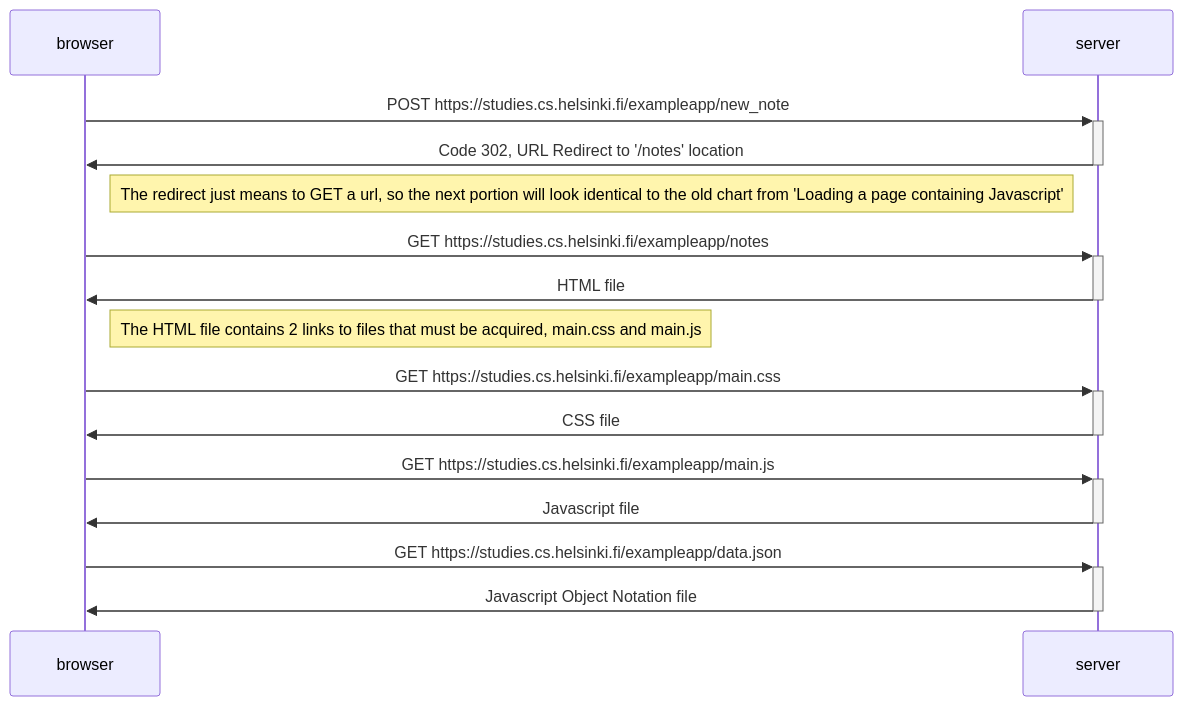
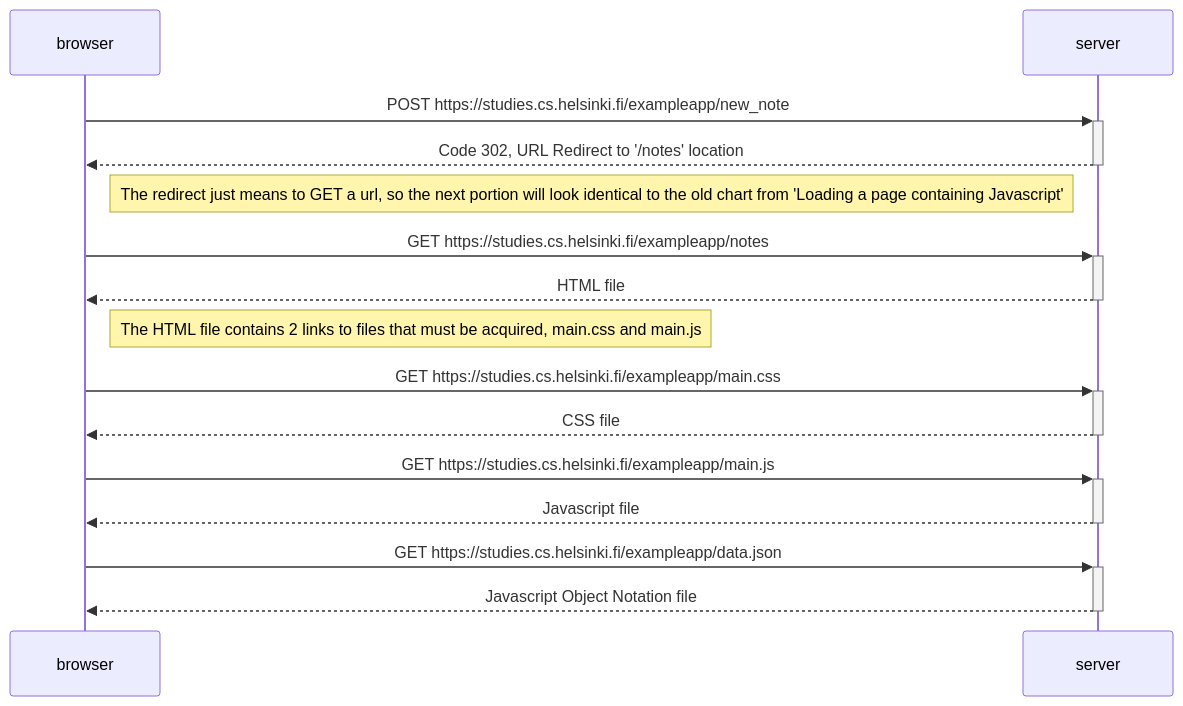
One commit to policiacaro/UoH-part-0 changed the diagram in New Note Diagram.md. Above: the diagram before and after it, drawn with Mermaid.

Commit message:
Update New Note Diagram.md

````diff
--- a/New Note Diagram.md
+++ b/New Note Diagram.md
@@ -6,18 +6,18 @@
 ```mermaid
 sequenceDiagram
   participant browser
   participant server
   
   browser->>+server: POST https://studies.cs.helsinki.fi/exampleapp/new_note
-  server->>-browser: Code 302, URL Redirect to '/notes' location
+  server-->>-browser: Code 302, URL Redirect to '/notes' location
   note right of browser: The redirect just means to GET a url, so the next portion will look identical to the old chart from 'Loading a page containing Javascript'
   browser->>+server: GET  https://studies.cs.helsinki.fi/exampleapp/notes
-  server->>-browser: HTML file
+  server-->>-browser: HTML file
   note right of browser: The HTML file contains 2 links to files that must be acquired, main.css and main.js
   browser->>+server: GET https://studies.cs.helsinki.fi/exampleapp/main.css
-  server->>-browser: CSS file
+  server-->>-browser: CSS file
   browser->>+server: GET https://studies.cs.helsinki.fi/exampleapp/main.js
-  server->>-browser: Javascript file
+  server-->>-browser: Javascript file
   browser->>+server: GET https://studies.cs.helsinki.fi/exampleapp/data.json
-  server->>-browser: Javascript Object Notation file
+  server-->>-browser: Javascript Object Notation file
 ```
````
